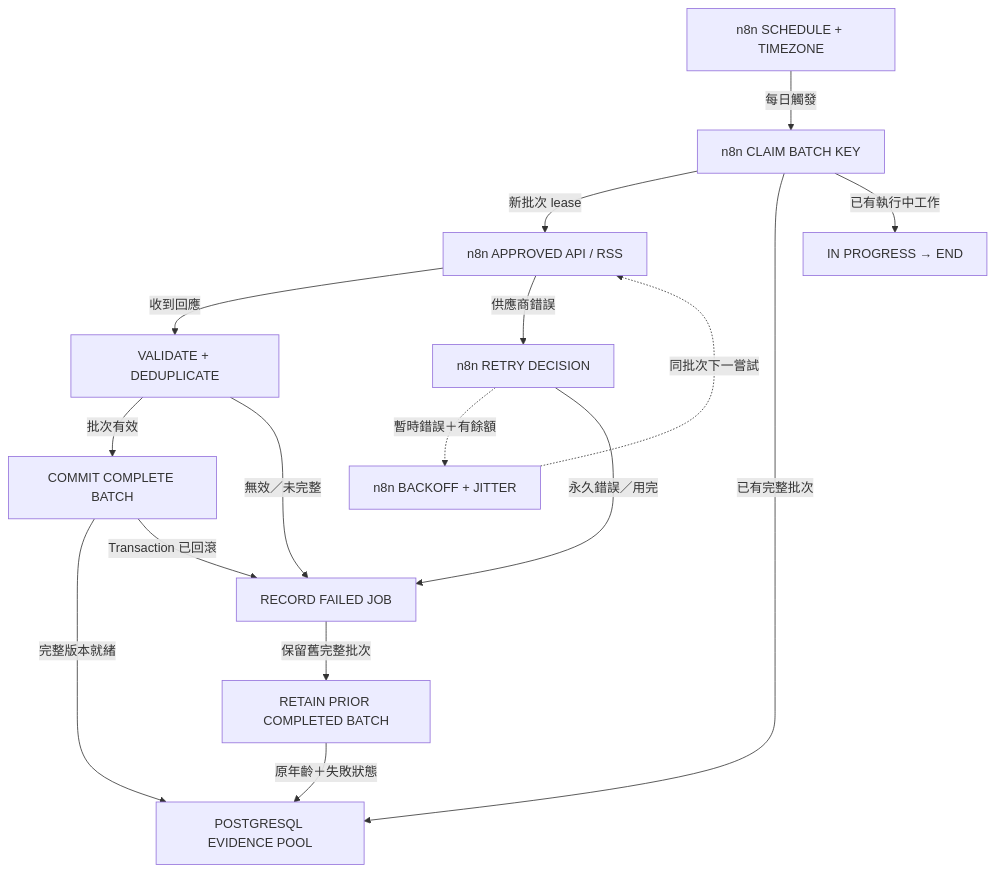
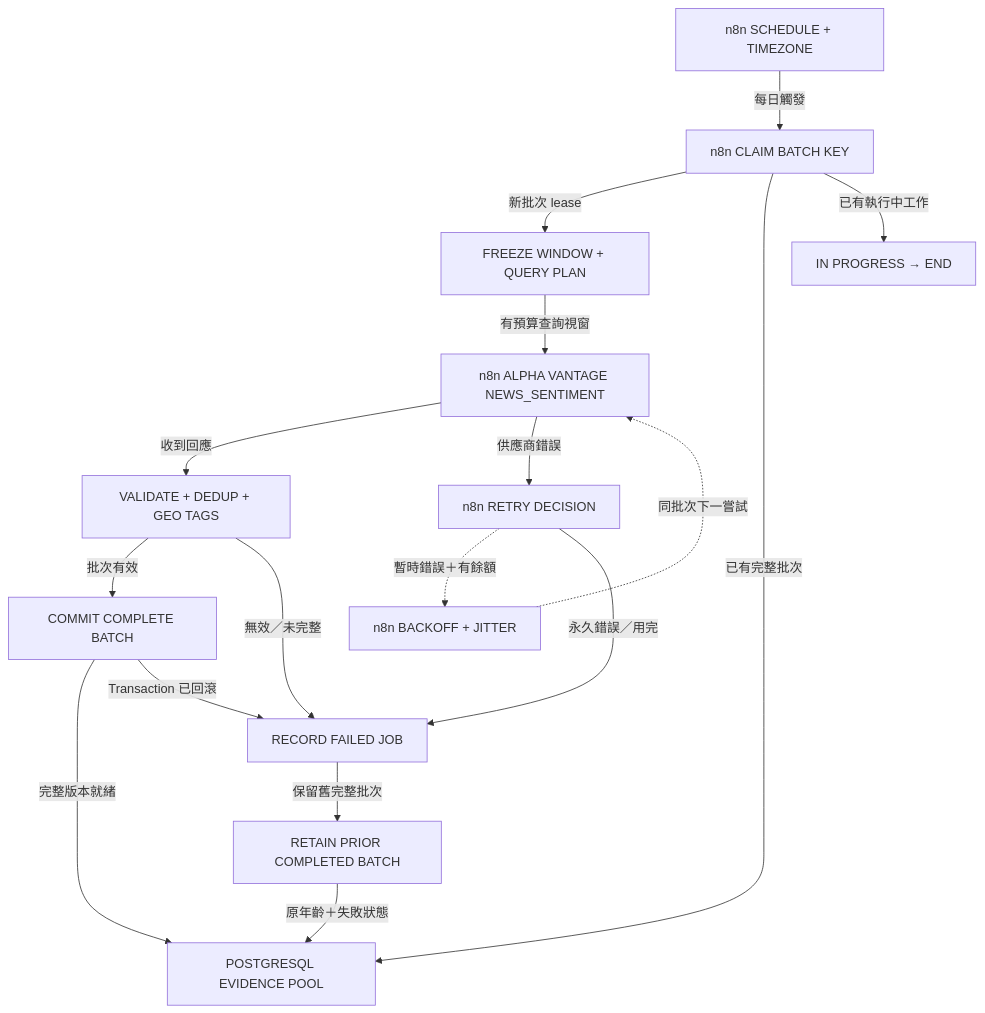
One commit to ByronHo68/ai-learning-academy changed the diagram in public/downloads/finance-diagrams/n8n_daily-zh.mmd. Above: the diagram before and after it, drawn with Mermaid. The commit also changed 58 other files, not shown here.

Commit message:
Specify Alpha Vantage daily news, embedding stages and user evidence order

```diff
--- a/public/downloads/finance-diagrams/n8n_daily-zh.mmd
+++ b/public/downloads/finance-diagrams/n8n_daily-zh.mmd
@@ -1,27 +1,29 @@
 flowchart TD
   n0["n8n SCHEDULE + TIMEZONE"]
   n1["n8n CLAIM BATCH KEY"]
   n2["IN PROGRESS → END"]
-  n3["n8n APPROVED API / RSS"]
-  n4["n8n RETRY DECISION"]
-  n5["n8n BACKOFF + JITTER"]
-  n6["VALIDATE + DEDUPLICATE"]
-  n7["COMMIT COMPLETE BATCH"]
-  n8["RECORD FAILED JOB"]
-  n9["RETAIN PRIOR COMPLETED BATCH"]
-  n10["POSTGRESQL EVIDENCE POOL"]
+  n3["FREEZE WINDOW + QUERY PLAN"]
+  n4["n8n ALPHA VANTAGE NEWS_SENTIMENT"]
+  n5["n8n RETRY DECISION"]
+  n6["n8n BACKOFF + JITTER"]
+  n7["VALIDATE + DEDUP + GEO TAGS"]
+  n8["COMMIT COMPLETE BATCH"]
+  n9["RECORD FAILED JOB"]
+  n10["RETAIN PRIOR COMPLETED BATCH"]
+  n11["POSTGRESQL EVIDENCE POOL"]
   n0 -- "每日觸發" --> n1
   n1 -- "新批次 lease" --> n3
-  n1 -- "已有完整批次" --> n10
+  n3 -- "有預算查詢視窗" --> n4
+  n1 -- "已有完整批次" --> n11
   n1 -- "已有執行中工作" --> n2
-  n3 -- "收到回應" --> n6
-  n3 -- "供應商錯誤" --> n4
-  n4 -. "暫時錯誤＋有餘額" .-> n5
-  n5 -. "同批次下一嘗試" .-> n3
-  n4 -- "永久錯誤／用完" --> n8
-  n6 -- "批次有效" --> n7
-  n6 -- "無效／未完整" --> n8
-  n7 -- "完整版本就緒" --> n10
-  n7 -- "Transaction 已回滾" --> n8
-  n8 -- "保留舊完整批次" --> n9
-  n9 -- "原年齡＋失敗狀態" --> n10
+  n4 -- "收到回應" --> n7
+  n4 -- "供應商錯誤" --> n5
+  n5 -. "暫時錯誤＋有餘額" .-> n6
+  n6 -. "同批次下一嘗試" .-> n4
+  n5 -- "永久錯誤／用完" --> n9
+  n7 -- "批次有效" --> n8
+  n7 -- "無效／未完整" --> n9
+  n8 -- "完整版本就緒" --> n11
+  n8 -- "Transaction 已回滾" --> n9
+  n9 -- "保留舊完整批次" --> n10
+  n10 -- "原年齡＋失敗狀態" --> n11
```
